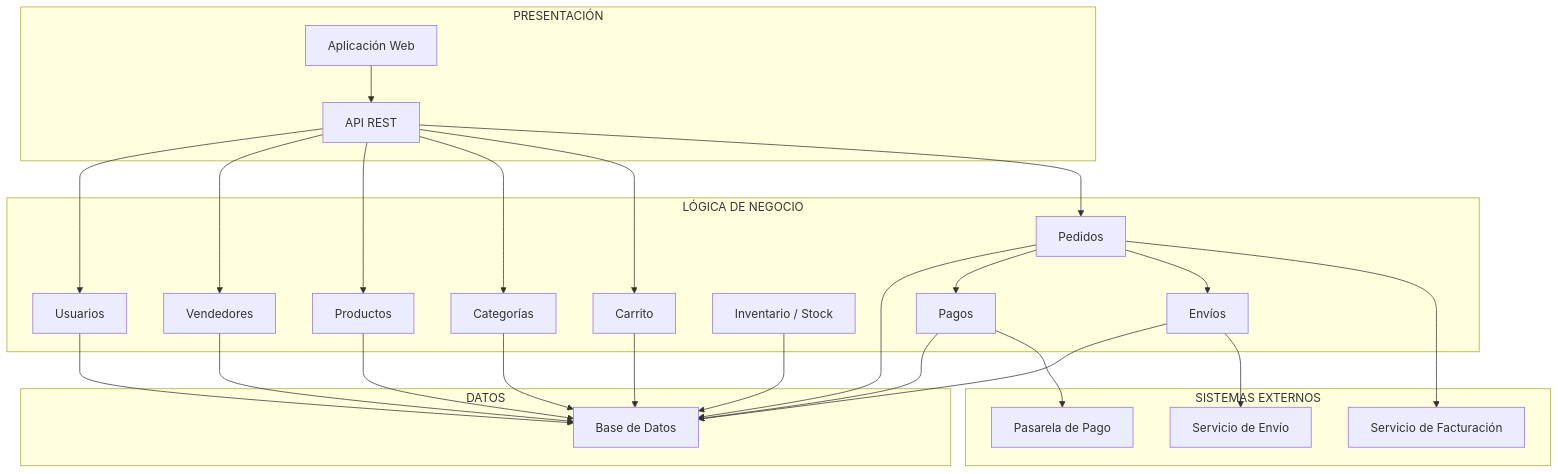
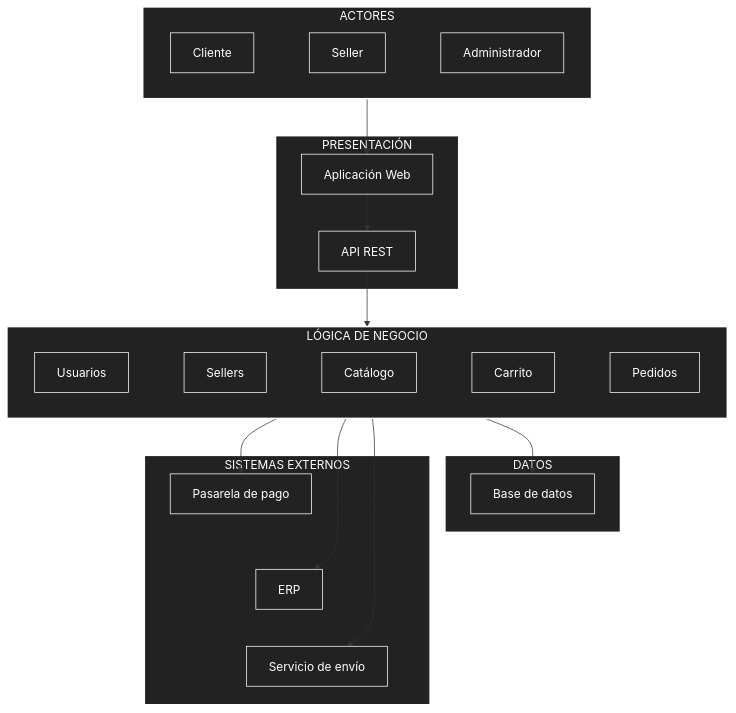
The diagram in docs/02-arquitectura-software/arquitectura-inicial.md (AlexisAyala811/Marketplace-arquitSoft-02-AyalaCubaAlexis.), drawn with Mermaid before and after one commit. The commit also changed other lines of this file and 20 other files, not shown here.

````diff
--- a/docs/02-arquitectura-software/arquitectura-inicial.md
+++ b/docs/02-arquitectura-software/arquitectura-inicial.md
@@ -77,54 +5,104 @@
 ```mermaid
 flowchart TD
 
-    subgraph PRESENTACION["PRESENTACIÓN"]
-        Web["Aplicación Web"]
-        API["API REST"]
-    end
+%% =========================
+%% ACTORES
+%% =========================
+subgraph ACTORES["ACTORES"]
+    Cliente["Cliente"]
+    Seller["Seller"]
+    Admin["Administrador"]
+end
 
-    subgraph NEGOCIO["LÓGICA DE NEGOCIO"]
-        Usuarios["Usuarios"]
-        Vendedores["Vendedores"]
-        Productos["Productos"]
-        Categorias["Categorías"]
-        Carrito["Carrito"]
-        Pedidos["Pedidos"]
-        Inventario["Inventario / Stock"]
-        Pagos["Pagos"]
-        Envios["Envíos"]
-    end
+%% =========================
+%% PRESENTACIÓN
+%% =========================
+subgraph PRESENTACION["PRESENTACIÓN"]
+    Web["Aplicación Web"]
+    API["API REST"]
+end
 
-    subgraph DATOS["DATOS"]
-        BD["Base de Datos"]
-    end
+%% =========================
+%% LÓGICA DE NEGOCIO
+%% =========================
+subgraph NEGOCIO["LÓGICA DE NEGOCIO"]
+    Usuarios["Usuarios"]
+    Sellers["Sellers"]
+    Catalogo["Catálogo"]
+    Carrito["Carrito"]
+    Pedidos["Pedidos"]
+end
 
-    subgraph EXTERNOS["SISTEMAS EXTERNOS"]
-        Pasarela["Pasarela de Pago"]
-        ServicioEnvio["Servicio de Envío"]
-        Facturacion["Servicio de Facturación"]
-    end
+%% =========================
+%% DATOS
+%% =========================
+subgraph DATOS["DATOS"]
+    BD["Base de datos"]
+end
 
-    Web --> API
-    API --> Usuarios
-    API --> Vendedores
-    API --> Productos
-    API --> Categorias
-    API --> Carrito
-    API --> Pedidos
+%% =========================
+%% SISTEMAS EXTERNOS
+%% =========================
+subgraph EXTERNOS["SISTEMAS EXTERNOS"]
+    Pago["Pasarela de pago"]
+    ERP["ERP"]
+    Envio["Servicio de envío"]
+end
 
-    Usuarios --> BD
-    Vendedores --> BD
-    Productos --> BD
-    Categorias --> BD
-    Carrito --> BD
-    Pedidos --> BD
-    Inventario --> BD
-    Pagos --> BD
-    Envios --> BD
+%% =========================
+%% FLUJO PRINCIPAL
+%% =========================
+ACTORES --> Web
+Web --> API
+API --> NEGOCIO
+NEGOCIO --> BD
 
-    Pedidos --> Pagos
-    Pedidos --> Envios
-    Pagos --> Pasarela
-    Envios --> ServicioEnvio
-    Pedidos --> Facturacion
+%% =========================
+%% INTEGRACIONES EXTERNAS
+%% =========================
+NEGOCIO --> Pago
+NEGOCIO --> ERP
+NEGOCIO --> Envio
+
+%% =========================
+%% DISTRIBUCIÓN HORIZONTAL
+%% =========================
+Cliente ~~~ Seller
+Seller ~~~ Admin
+
+Usuarios ~~~ Sellers
+Sellers ~~~ Catalogo
+Catalogo ~~~ Carrito
+Carrito ~~~ Pedidos
+
+Pago ~~~ ERP
+ERP ~~~ Envio
+
+%% =========================
+%% ESTILOS
+%% =========================
+style ACTORES fill:#222,stroke:#fff,stroke-width:2px,color:#fff
+style PRESENTACION fill:#222,stroke:#fff,stroke-width:2px,color:#fff
+style NEGOCIO fill:#222,stroke:#fff,stroke-width:2px,color:#fff
+style DATOS fill:#222,stroke:#fff,stroke-width:2px,color:#fff
+style EXTERNOS fill:#222,stroke:#fff,stroke-width:2px,color:#fff
+
+style Cliente fill:#222,stroke:#fff,color:#fff
+style Seller fill:#222,stroke:#fff,color:#fff
+style Admin fill:#222,stroke:#fff,color:#fff
+
+style Web fill:#222,stroke:#fff,color:#fff
+style API fill:#222,stroke:#fff,color:#fff
+
+style Usuarios fill:#222,stroke:#fff,color:#fff
+style Sellers fill:#222,stroke:#fff,color:#fff
+style Catalogo fill:#222,stroke:#fff,color:#fff
+style Carrito fill:#222,stroke:#fff,color:#fff
+style Pedidos fill:#222,stroke:#fff,color:#fff
+
+style BD fill:#222,stroke:#fff,color:#fff
+
+style Pago fill:#222,stroke:#fff,color:#fff
+style ERP fill:#222,stroke:#fff,color:#fff
+style Envio fill:#222,stroke:#fff,color:#fff
 ```
````
